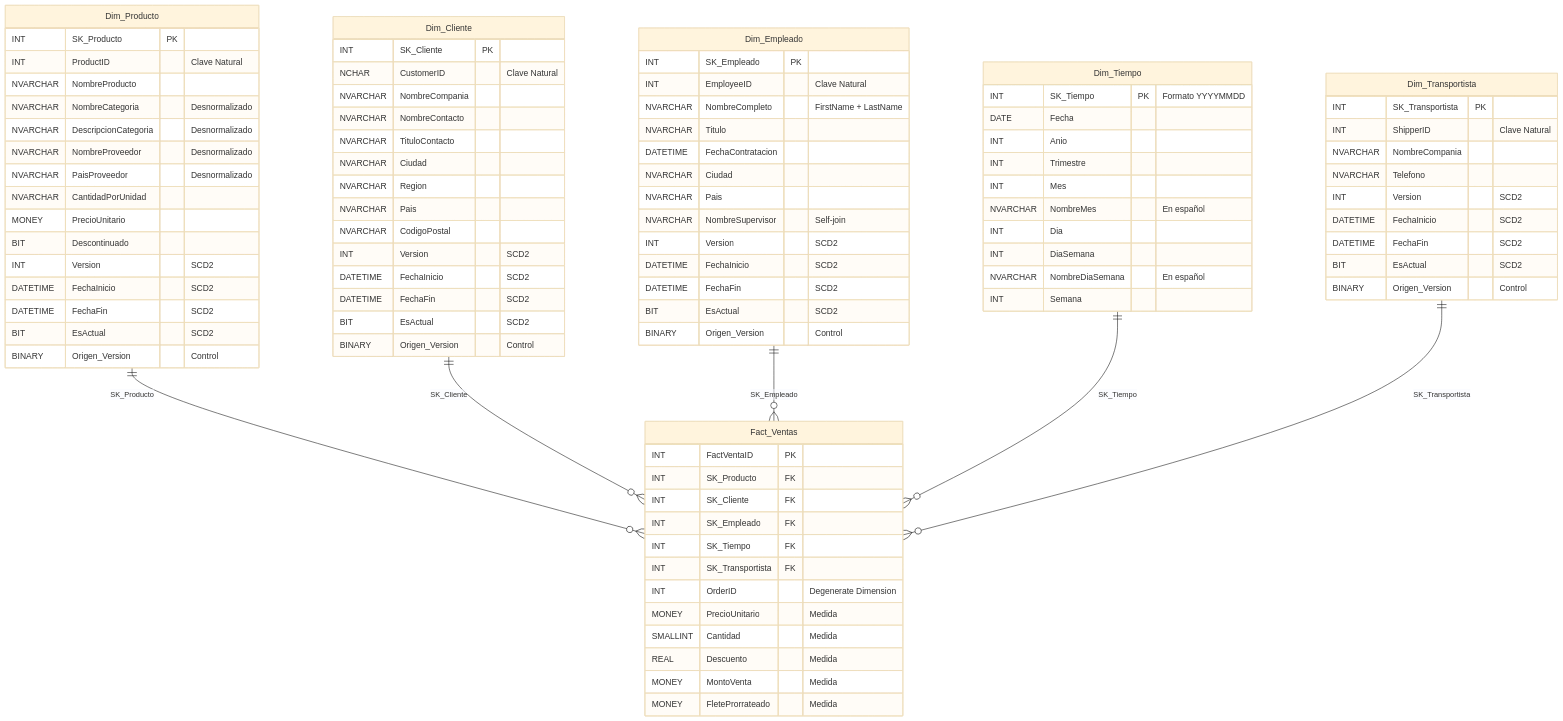
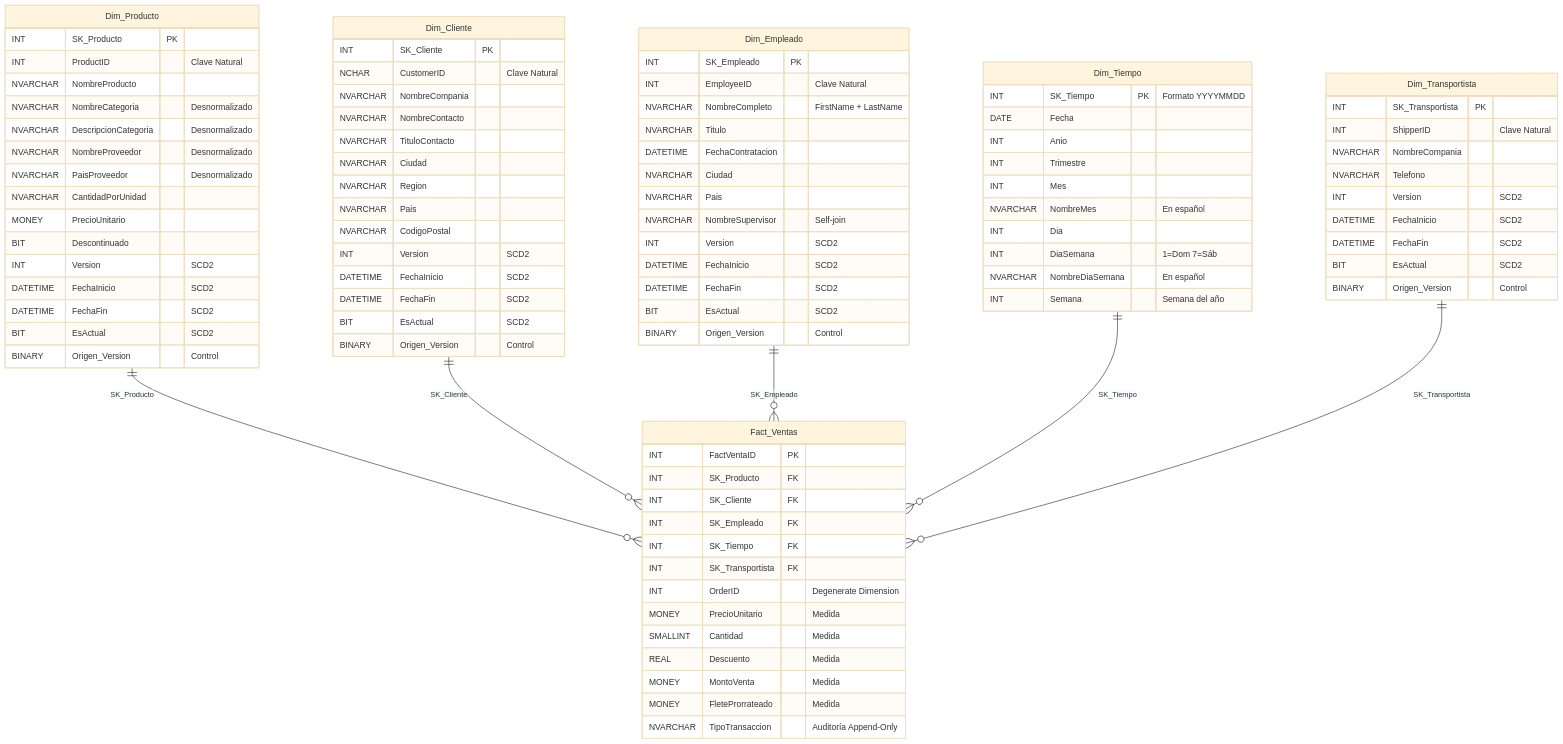
Before and after one commit to halflores/NorthwindDW: the diagram in docs/modelo_estrella.md, drawn with Mermaid (base theme). The commit also changed other lines of this file and 2 other files, not shown here.

```diff
--- a/docs/modelo_estrella.md
+++ b/docs/modelo_estrella.md
@@ -23,6 +23,7 @@
         REAL Descuento "Medida"
         MONEY MontoVenta "Medida"
         MONEY FleteProrrateado "Medida"
+        NVARCHAR TipoTransaccion "Auditoría Append-Only"
     }
 
     Dim_Producto {
@@ -84,9 +85,9 @@
         INT Mes
         NVARCHAR NombreMes "En español"
         INT Dia
-        INT DiaSemana
+        INT DiaSemana "1=Dom 7=Sáb"
         NVARCHAR NombreDiaSemana "En español"
-        INT Semana
+        INT Semana "Semana del año"
     }
 
     Dim_Transportista {
```
